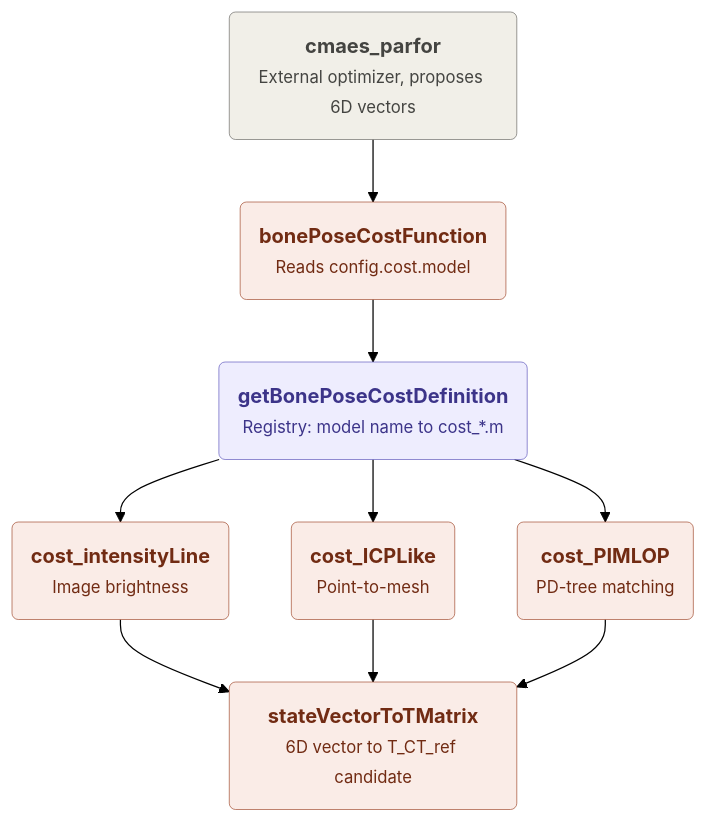
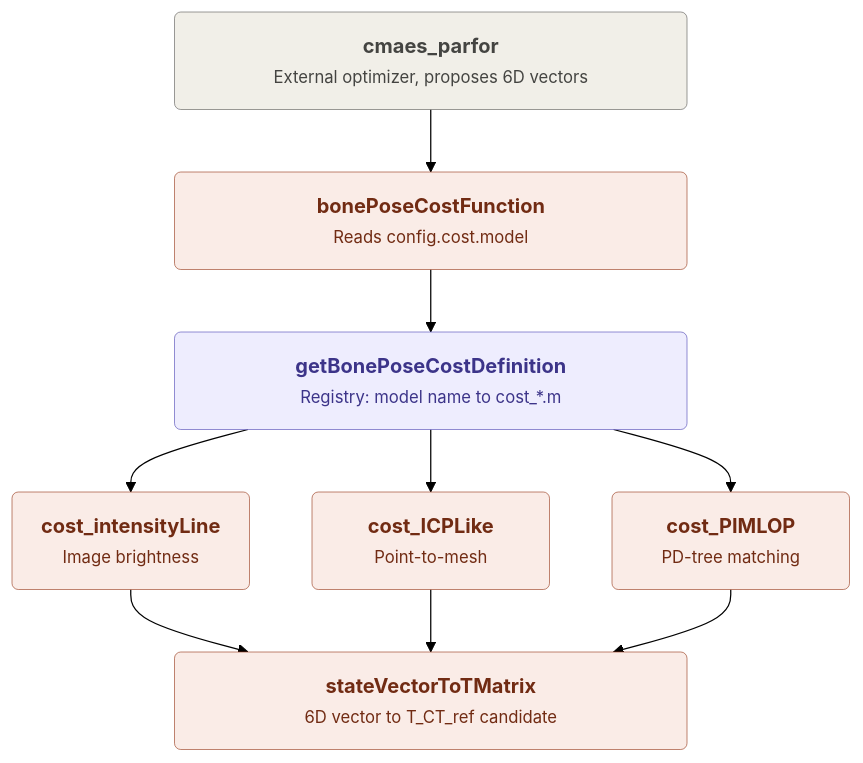
The second of 2 diagrams in docs/workflow.md (dacvm/UltrasoundBased2D3DBonePoseEstimation), drawn with Mermaid (forest theme) before and after one commit. The commit also changed other lines of this file, not shown here.

First line of the commit message:
Widen the boxes in the workflow diagrams

````diff
--- a/docs/workflow.md
+++ b/docs/workflow.md
@@ -95,18 +95,18 @@
 ```mermaid
 flowchart TD
     classDef config  fill:#EEEDFE,stroke:#534AB7,color:#3C3489,stroke-width:0.5px
     classDef compute fill:#FAECE7,stroke:#993C1D,color:#712B13,stroke-width:0.5px
     classDef book    fill:#F1EFE8,stroke:#5F5E5A,color:#444441,stroke-width:0.5px
 
-    A("<b>cmaes_parfor</b><br/><small>External optimizer, proposes 6D vectors</small>"):::book
-    B("<b>bonePoseCostFunction</b><br/><small>Reads config.cost.model</small>"):::compute
-    C("<b>getBonePoseCostDefinition</b><br/><small>Registry: model name to cost_*.m</small>"):::config
-    D("<b>cost_intensityLine</b><br/><small>Image brightness</small>"):::compute
-    E("<b>cost_ICPLike</b><br/><small>Point-to-mesh</small>"):::compute
-    F("<b>cost_PIMLOP</b><br/><small>PD-tree matching</small>"):::compute
-    G("<b>stateVectorToTMatrix</b><br/><small>6D vector to T_CT_ref candidate</small>"):::compute
+    A("<span style='display:inline-block;width:380px'><b>cmaes_parfor</b><br/><small>External optimizer, proposes 6D vectors</small></span>"):::book
+    B("<span style='display:inline-block;width:380px'><b>bonePoseCostFunction</b><br/><small>Reads config.cost.model</small></span>"):::compute
+    C("<span style='display:inline-block;width:380px'><b>getBonePoseCostDefinition</b><br/><small>Registry: model name to cost_*.m</small></span>"):::config
+    D("<span style='display:inline-block;width:160px'><b>cost_intensityLine</b><br/><small>Image brightness</small></span>"):::compute
+    E("<span style='display:inline-block;width:160px'><b>cost_ICPLike</b><br/><small>Point-to-mesh</small></span>"):::compute
+    F("<span style='display:inline-block;width:160px'><b>cost_PIMLOP</b><br/><small>PD-tree matching</small></span>"):::compute
+    G("<span style='display:inline-block;width:380px'><b>stateVectorToTMatrix</b><br/><small>6D vector to T_CT_ref candidate</small></span>"):::compute
 
     A --> B --> C
     C --> D & E & F
     D & E & F --> G
 ```
````
